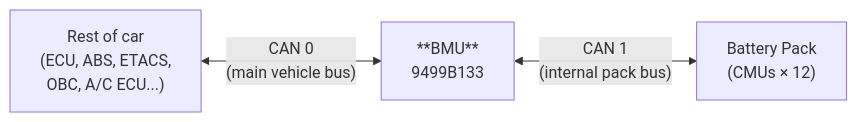
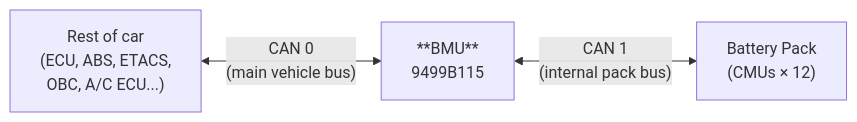
One commit to bonybrown/imiev-hacking-tools changed the diagram in bmu/can.md. Above: the diagram before and after it, drawn with Mermaid. The commit also changed other lines of this file, not shown here.

Commit message:
Change BMU version in CAN documentation
Updated incorrect BMU version from 9499B133 to 9499B115 in documentation.

````diff
--- a/bmu/can.md
+++ b/bmu/can.md
@@ -7,9 +7,9 @@
 ```mermaid
 flowchart LR
     car["Rest of car\n(ECU, ABS, ETACS,\nOBC, A/C ECU...)"]
-    bmu["**BMU**\n9499B133"]
+    bmu["**BMU**\n9499B115"]
     battery["Battery Pack\n(CMUs × 12)"]
 
     car <-->|"CAN 0\n(main vehicle bus)"| bmu
     bmu <-->|"CAN 1\n(internal pack bus)"| battery
 ```
````
